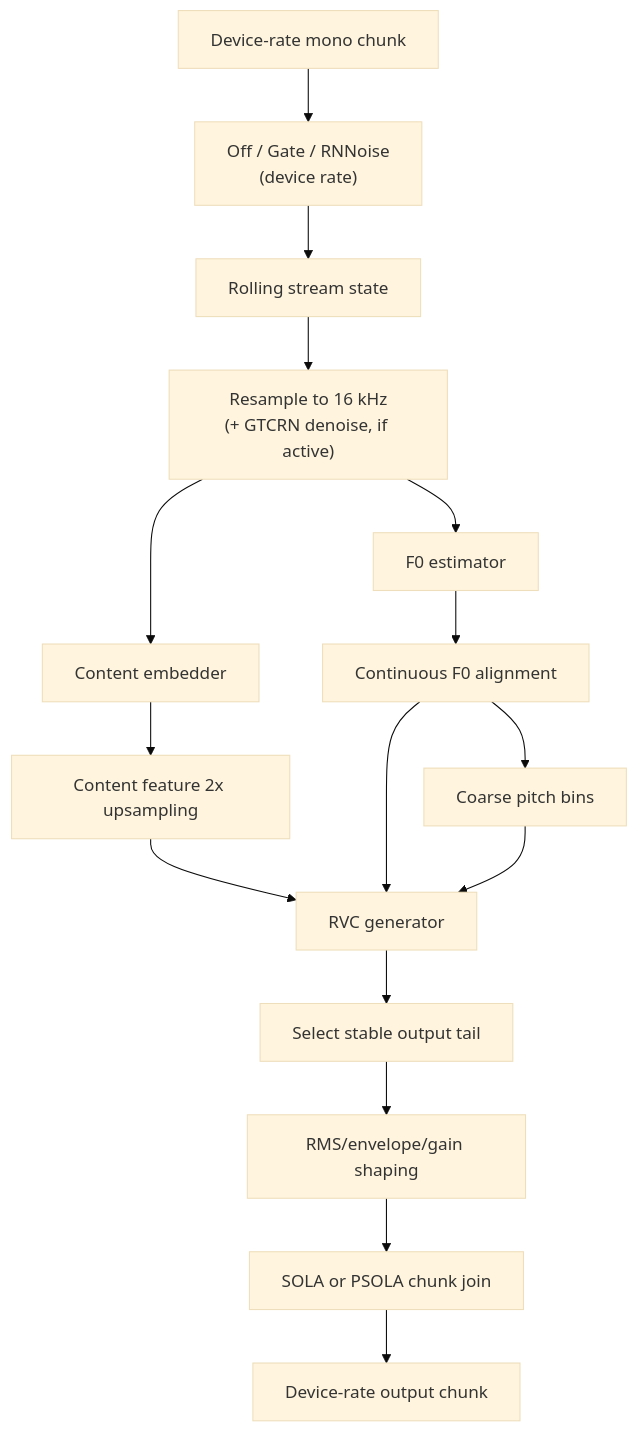
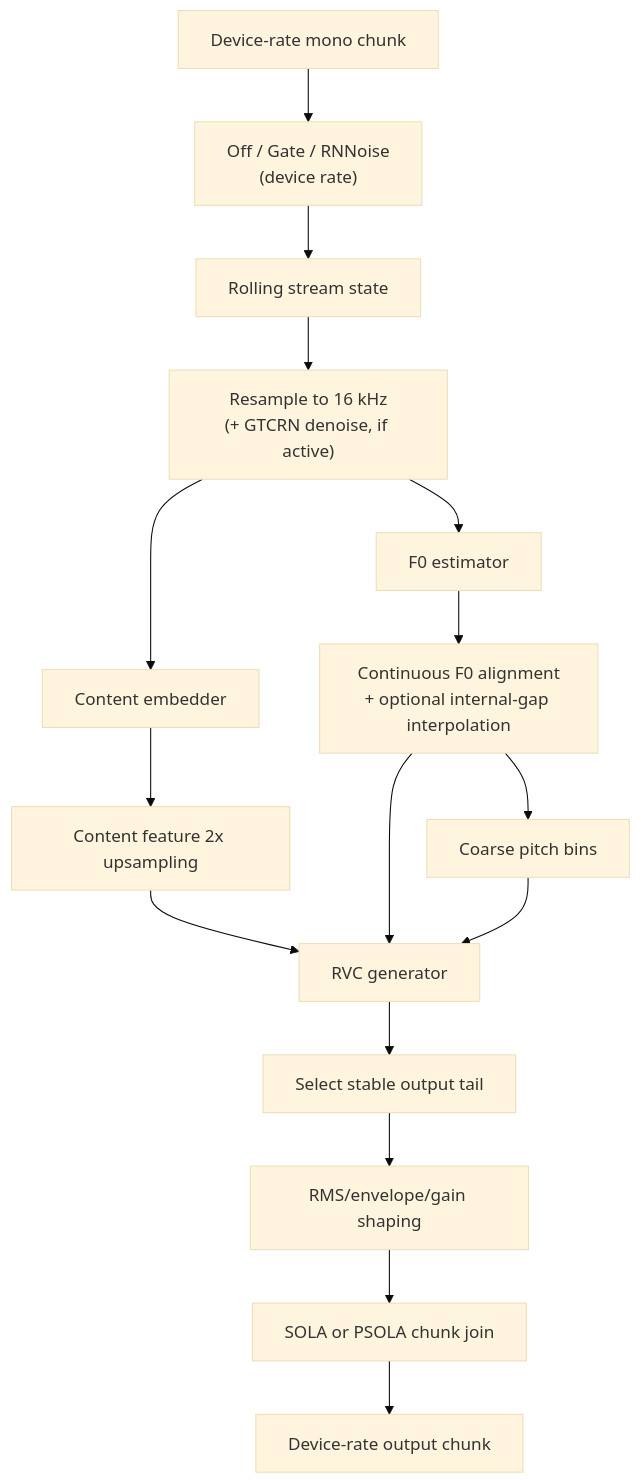
One commit to ImWuMie/vc-rs changed the second of 2 diagrams in docs/architecture.md. Above: the diagram before and after it, drawn with Mermaid (base theme). The commit also changed other lines of this file and 26 other files, not shown here.

````diff
--- a/docs/architecture.md
+++ b/docs/architecture.md
@@ -127,18 +127,18 @@
 ```mermaid
 flowchart TD
     input["Device-rate mono chunk"] --> denoise["Off / Gate / RNNoise<br/>(device rate)"]
     denoise --> state["Rolling stream state"]
     state --> resample["Resample to 16 kHz<br/>(+ GTCRN denoise, if active)"]
     resample --> embed["Content embedder"]
     resample --> f0["F0 estimator"]
     embed --> feats["Content feature 2x upsampling"]
-    f0 --> pitchf["Continuous F0 alignment"]
+    f0 --> pitchf["Continuous F0 alignment<br/>+ optional internal-gap interpolation"]
     pitchf --> coarse["Coarse pitch bins"]
     feats --> rvc["RVC generator"]
     pitchf --> rvc
     coarse --> rvc
     rvc --> tail["Select stable output tail"]
     tail --> level["RMS/envelope/gain shaping"]
     level --> join["SOLA or PSOLA chunk join"]
     join --> device["Device-rate output chunk"]
 ```
````
